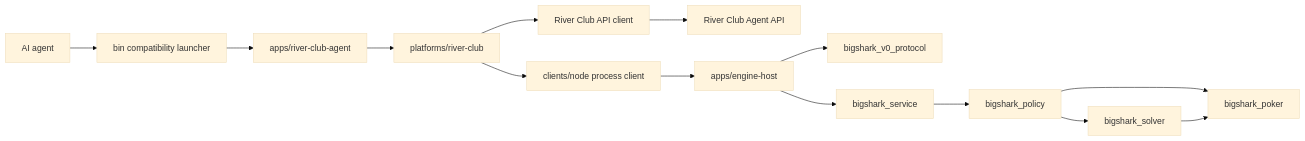
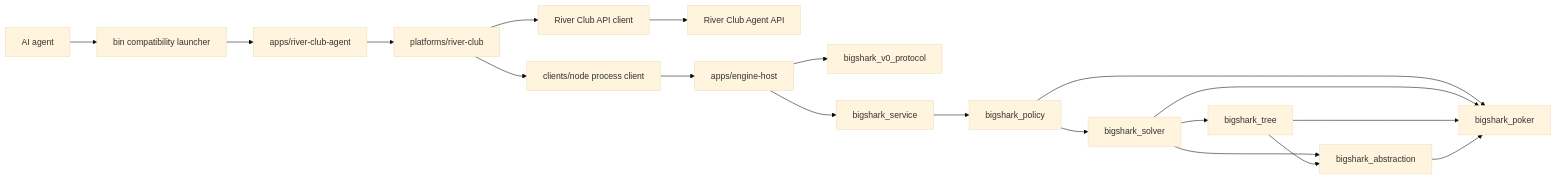
One commit to Zzzode/BigShark changed the diagram in docs/architecture/system-overview.md. Above: the diagram before and after it, drawn with Mermaid (base theme). The commit also changed other lines of this file and 17 other files, not shown here.

````diff
--- a/docs/architecture/system-overview.md
+++ b/docs/architecture/system-overview.md
@@ -28,16 +28,21 @@
 ```mermaid
 flowchart LR
   Agent[AI agent] --> Launcher[bin compatibility launcher]
   Launcher --> Runner[apps/river-club-agent]
   Runner --> River[platforms/river-club]
   River --> CLI[River Club API client]
   CLI --> API[River Club Agent API]
   River --> Client[clients/node process client]
   Client --> Host[apps/engine-host]
   Host --> Protocol[bigshark_v0_protocol]
   Host --> Service[bigshark_service]
   Service --> Policy[bigshark_policy]
   Policy --> Solver[bigshark_solver]
   Policy --> Poker[bigshark_poker]
+  Solver --> Tree[bigshark_tree]
+  Solver --> Abstraction[bigshark_abstraction]
   Solver --> Poker
+  Tree --> Abstraction
+  Tree --> Poker
+  Abstraction --> Poker
 ```
````
